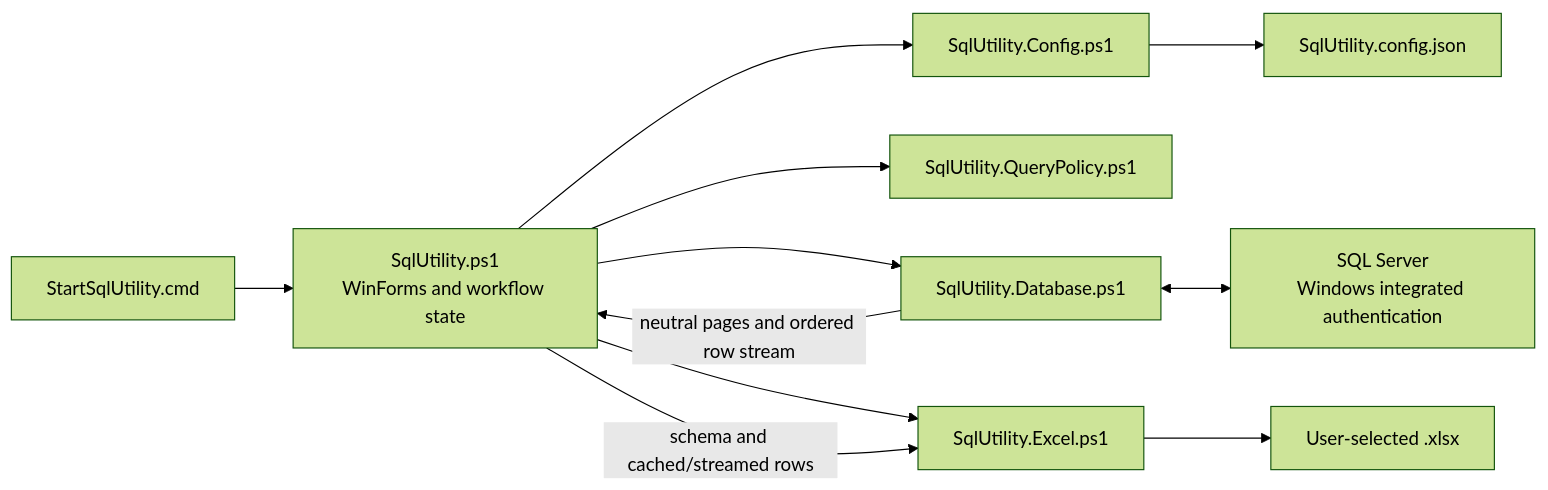
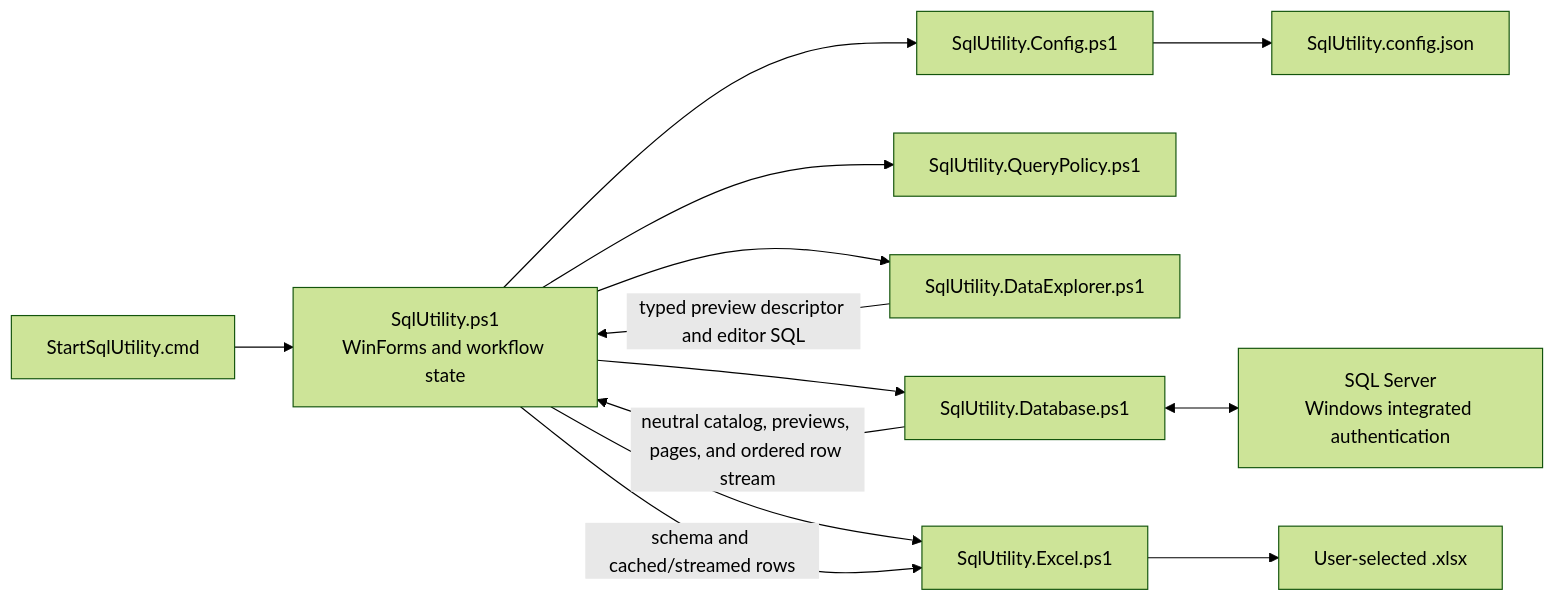
Before and after one commit to bluesWalker/SQL-Utility: the diagram in README.md, drawn with Mermaid (forest theme). The commit also changed other lines of this file and 3 other files, not shown here.

Commit message:
docs: document data explorer workflow

````diff
--- a/README.md
+++ b/README.md
@@ -87,13 +92,15 @@
 ```mermaid
 flowchart LR
     Launcher["StartSqlUtility.cmd"] --> UI["SqlUtility.ps1<br/>WinForms and workflow state"]
     UI --> Config["SqlUtility.Config.ps1"]
     UI --> Policy["SqlUtility.QueryPolicy.ps1"]
+    UI --> Explorer["SqlUtility.DataExplorer.ps1"]
     UI --> Database["SqlUtility.Database.ps1"]
     UI --> Excel["SqlUtility.Excel.ps1"]
     Config --> Json["SqlUtility.config.json"]
+    Explorer -- "typed preview descriptor and editor SQL" --> UI
     Database <--> SqlServer["SQL Server<br/>Windows integrated authentication"]
-    Database -- "neutral pages and ordered row stream" --> UI
+    Database -- "neutral catalog, previews, pages, and ordered row stream" --> UI
     UI -- "schema and cached/streamed rows" --> Excel
     Excel --> Workbook["User-selected .xlsx"]
 ```
````
